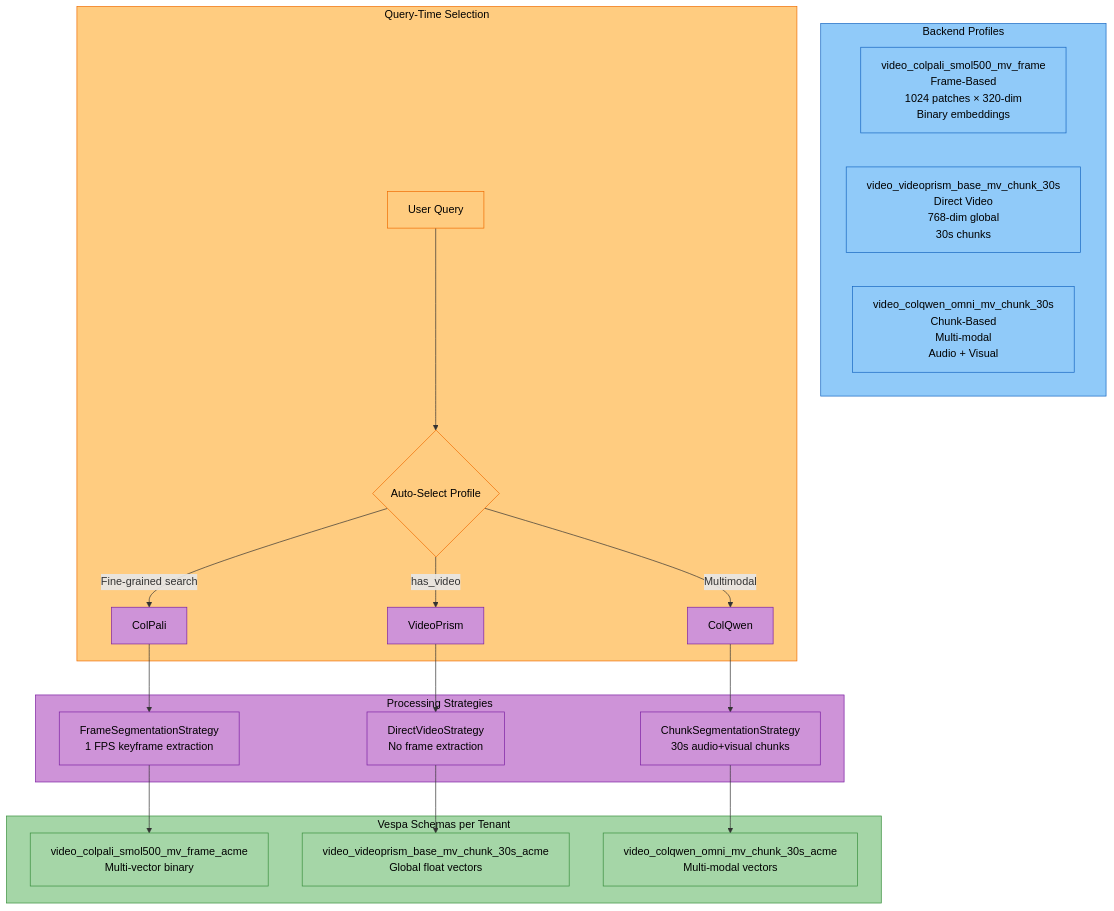
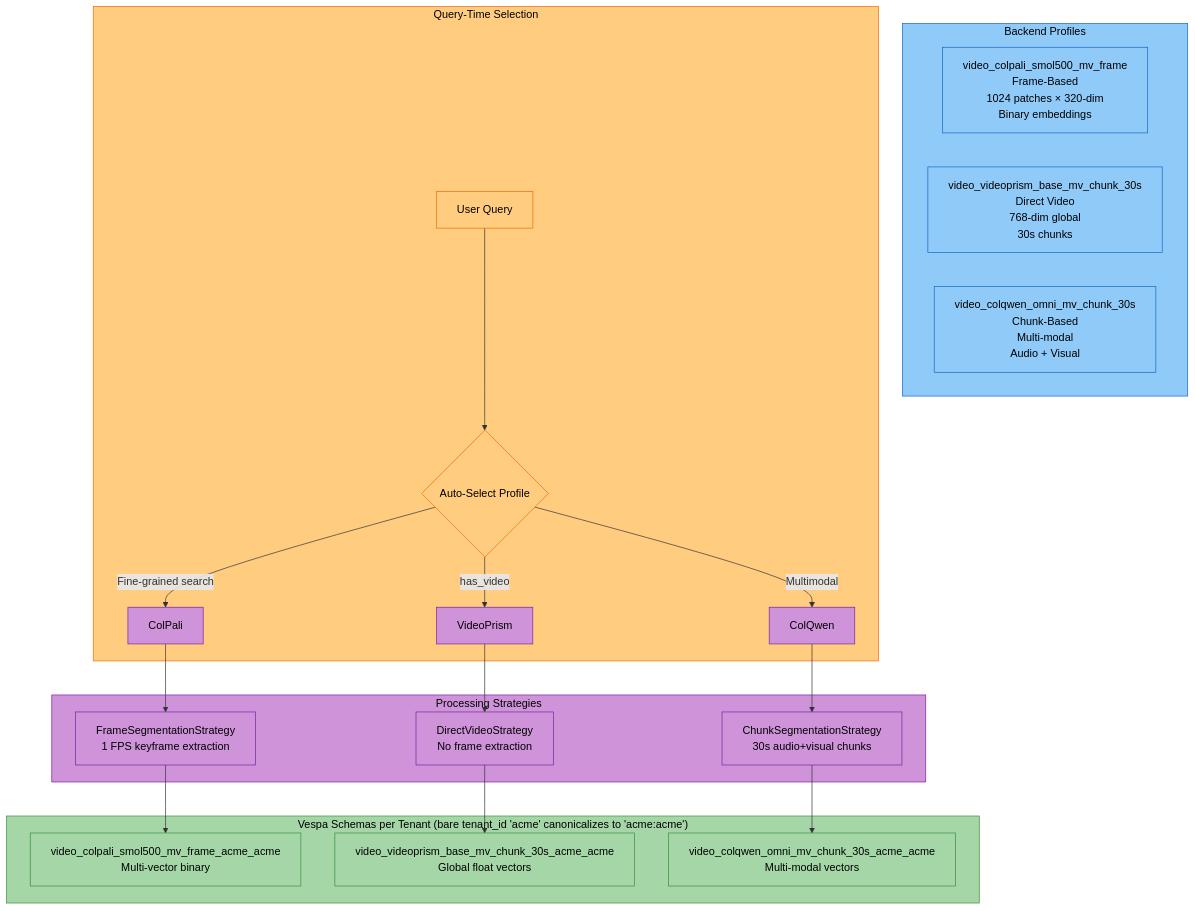
Before and after one commit to amit-jain/cogniverse: the fifth of 9 diagrams in docs/modules/backends.md, drawn with Mermaid. The commit also changed other lines of this file and 50 other files, not shown here.

First line of the commit message:
Complete and verify docs against code with mermaid palette

````diff
--- a/docs/modules/backends.md
+++ b/docs/modules/backends.md
@@ -600,46 +640,46 @@
 ```mermaid
 flowchart TB
     subgraph Profiles["<span style='color:#000'>Backend Profiles</span>"]
         ColPali["<span style='color:#000'>video_colpali_smol500_mv_frame<br/>Frame-Based<br/>1024 patches × 320-dim<br/>Binary embeddings</span>"]
         VideoPrism["<span style='color:#000'>video_videoprism_base_mv_chunk_30s<br/>Direct Video<br/>768-dim global<br/>30s chunks</span>"]
         ColQwen["<span style='color:#000'>video_colqwen_omni_mv_chunk_30s<br/>Chunk-Based<br/>Multi-modal<br/>Audio + Visual</span>"]
     end
 
     subgraph QueryTime["<span style='color:#000'>Query-Time Selection</span>"]
         Query["<span style='color:#000'>User Query</span>"] --> AutoSelect{"<span style='color:#000'>Auto-Select Profile</span>"}
         AutoSelect -->|has_video| SelectVideoPrism
         AutoSelect -->|Fine-grained search| SelectColPali
         AutoSelect -->|Multimodal| SelectColQwen
     end
 
     subgraph Strategies["<span style='color:#000'>Processing Strategies</span>"]
         SelectColPali["<span style='color:#000'>ColPali</span>"] --> FrameSeg["<span style='color:#000'>FrameSegmentationStrategy<br/>1 FPS keyframe extraction</span>"]
         SelectVideoPrism["<span style='color:#000'>VideoPrism</span>"] --> DirectVideo["<span style='color:#000'>DirectVideoStrategy<br/>No frame extraction</span>"]
         SelectColQwen["<span style='color:#000'>ColQwen</span>"] --> ChunkSeg["<span style='color:#000'>ChunkSegmentationStrategy<br/>30s audio+visual chunks</span>"]
     end
 
-    subgraph VespaSchemas["<span style='color:#000'>Vespa Schemas per Tenant</span>"]
-        FrameSeg --> ColPaliSchema["<span style='color:#000'>video_colpali_smol500_mv_frame_acme<br/>Multi-vector binary</span>"]
-        DirectVideo --> VideoPrismSchema["<span style='color:#000'>video_videoprism_base_mv_chunk_30s_acme<br/>Global float vectors</span>"]
-        ChunkSeg --> ColQwenSchema["<span style='color:#000'>video_colqwen_omni_mv_chunk_30s_acme<br/>Multi-modal vectors</span>"]
+    subgraph VespaSchemas["<span style='color:#000'>Vespa Schemas per Tenant (bare tenant_id 'acme' canonicalizes to 'acme:acme')</span>"]
+        FrameSeg --> ColPaliSchema["<span style='color:#000'>video_colpali_smol500_mv_frame_acme_acme<br/>Multi-vector binary</span>"]
+        DirectVideo --> VideoPrismSchema["<span style='color:#000'>video_videoprism_base_mv_chunk_30s_acme_acme<br/>Global float vectors</span>"]
+        ChunkSeg --> ColQwenSchema["<span style='color:#000'>video_colqwen_omni_mv_chunk_30s_acme_acme<br/>Multi-modal vectors</span>"]
     end
 
     style Profiles fill:#90caf9,stroke:#1565c0,color:#000
     style QueryTime fill:#ffcc80,stroke:#ef6c00,color:#000
     style Strategies fill:#ce93d8,stroke:#7b1fa2,color:#000
     style VespaSchemas fill:#a5d6a7,stroke:#388e3c,color:#000
     style ColPali fill:#90caf9,stroke:#1565c0,color:#000
     style VideoPrism fill:#90caf9,stroke:#1565c0,color:#000
     style ColQwen fill:#90caf9,stroke:#1565c0,color:#000
     style Query fill:#ffcc80,stroke:#ef6c00,color:#000
     style AutoSelect fill:#ffcc80,stroke:#ef6c00,color:#000
     style SelectColPali fill:#ce93d8,stroke:#7b1fa2,color:#000
     style SelectVideoPrism fill:#ce93d8,stroke:#7b1fa2,color:#000
     style SelectColQwen fill:#ce93d8,stroke:#7b1fa2,color:#000
     style FrameSeg fill:#ce93d8,stroke:#7b1fa2,color:#000
     style DirectVideo fill:#ce93d8,stroke:#7b1fa2,color:#000
     style ChunkSeg fill:#ce93d8,stroke:#7b1fa2,color:#000
     style ColPaliSchema fill:#a5d6a7,stroke:#388e3c,color:#000
     style VideoPrismSchema fill:#a5d6a7,stroke:#388e3c,color:#000
     style ColQwenSchema fill:#a5d6a7,stroke:#388e3c,color:#000
 ```
````
